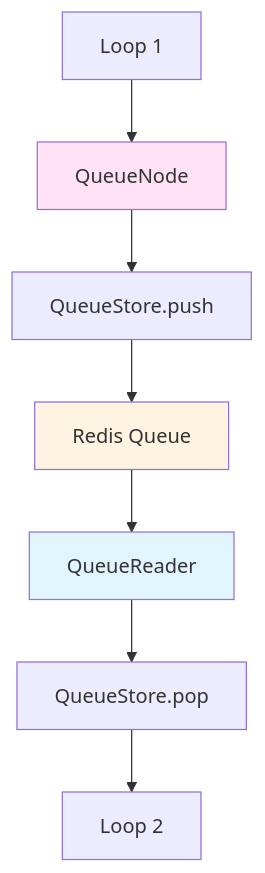
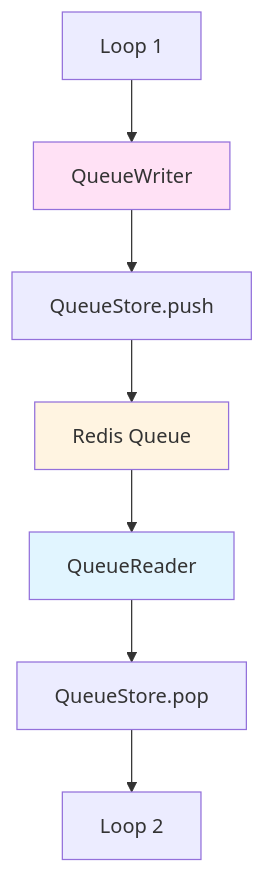
The ninth of 10 diagrams in docs/06-Storage-System.md (Roshan-yadav-evil-genius/TheOneEye-Backend), drawn with Mermaid before and after one commit. The commit also changed other lines of this file and 10 other files, not shown here.

````diff
--- a/docs/06-Storage-System.md
+++ b/docs/06-Storage-System.md
@@ -370,13 +370,13 @@
 ```mermaid
 flowchart TD
-    A[Loop 1] --> B[QueueNode]
+    A[Loop 1] --> B[QueueWriter]
     B --> C[QueueStore.push]
     C --> D[Redis Queue]
     D --> E[QueueReader]
     E --> F[QueueStore.pop]
     F --> G[Loop 2]
     
     style B fill:#ffe1f5
     style E fill:#e1f5ff
     style D fill:#fff4e1
 ```
````
